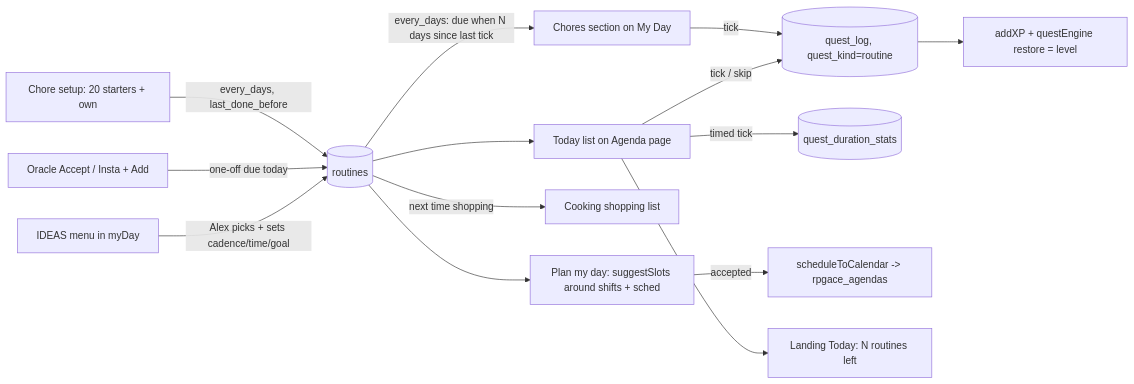
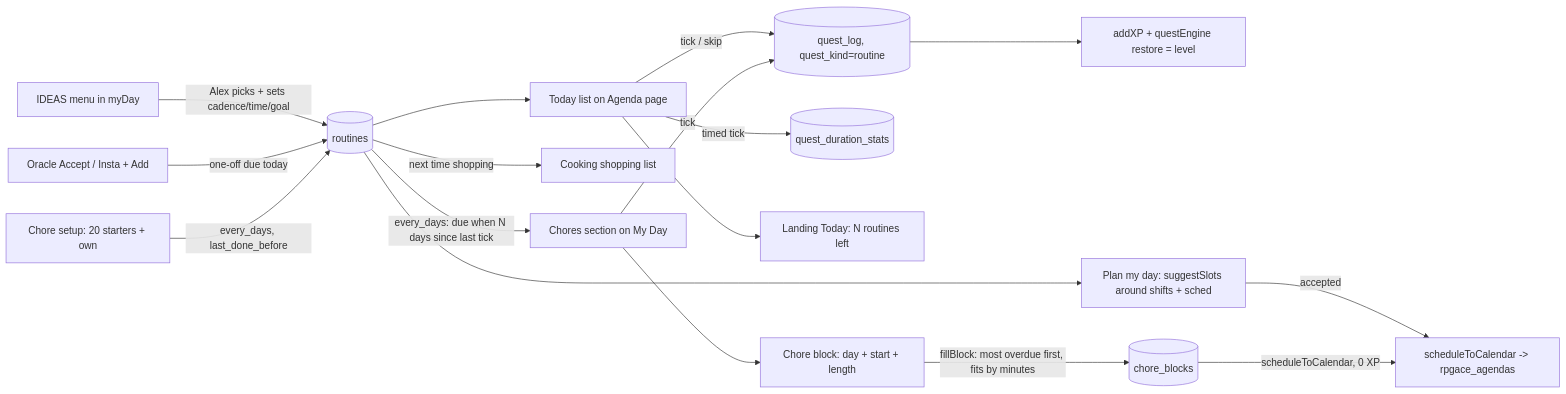
Before and after one commit to acesanyabeats-web/RPGACE: diagram 16 of 19 in system_flow_map.md, drawn with Mermaid. The commit also changed 15 other files, not shown here.

First line of the commit message:
Chore block: a slot that fills with the most overdue chores (DT-4)

````diff
--- a/system_flow_map.md
+++ b/system_flow_map.md
@@ -654,16 +654,19 @@
 ```mermaid
 flowchart LR
   I[IDEAS menu in myDay] -->|Alex picks + sets cadence/time/goal| R[(routines)]
   R --> T[Today list on Agenda page]
   T -->|tick / skip| Q[(quest_log, quest_kind=routine)]
   Q --> X[addXP + questEngine restore = level]
   T -->|timed tick| D[(quest_duration_stats)]
   R --> P[Plan my day: suggestSlots around shifts + sched]
   P -->|accepted| S[scheduleToCalendar -> rpgace_agendas]
   O[Oracle Accept / Insta + Add] -->|one-off due today| R
   R -->|next time shopping| C[Cooking shopping list]
   T --> G[Landing Today: N routines left]
   CH[Chore setup: 20 starters + own] -->|every_days, last_done_before| R
   R -->|every_days: due when N days since last tick| CS[Chores section on My Day]
   CS -->|tick| Q
+  CS --> CB[Chore block: day + start + length]
+  CB -->|fillBlock: most overdue first, fits by minutes| CBT[(chore_blocks)]
+  CBT -->|scheduleToCalendar, 0 XP| S
 ```
````
